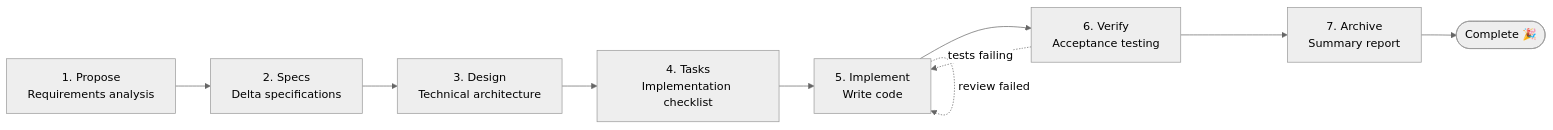
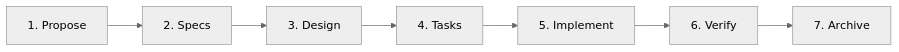
One commit to 534529531/ralph-flow changed the first of 2 diagrams in README.md. Above: the diagram before and after it, drawn with Mermaid (neutral theme). The commit also changed other lines of this file and 8 other files, not shown here.

````diff
--- a/README.md
+++ b/README.md
@@ -136,13 +96,9 @@
 ```mermaid
 flowchart LR
-    P["1. Propose<br/>Requirements analysis"] --> S["2. Specs<br/>Delta specifications"]
-    S --> D["3. Design<br/>Technical architecture"]
-    D --> T["4. Tasks<br/>Implementation checklist"]
-    T --> I["5. Implement<br/>Write code"]
-    I --> V["6. Verify<br/>Acceptance testing"]
-    V --> A["7. Archive<br/>Summary report"]
-    A --> Done(["Complete 🎉"])
-
-    I -.->|"review failed"| I
-    V -.->|"tests failing"| I
+    P["1. Propose"] --> S["2. Specs"]
+    S --> D["3. Design"]
+    D --> T["4. Tasks"]
+    T --> I["5. Implement"]
+    I --> V["6. Verify"]
+    V --> A["7. Archive"]
 ```
````
